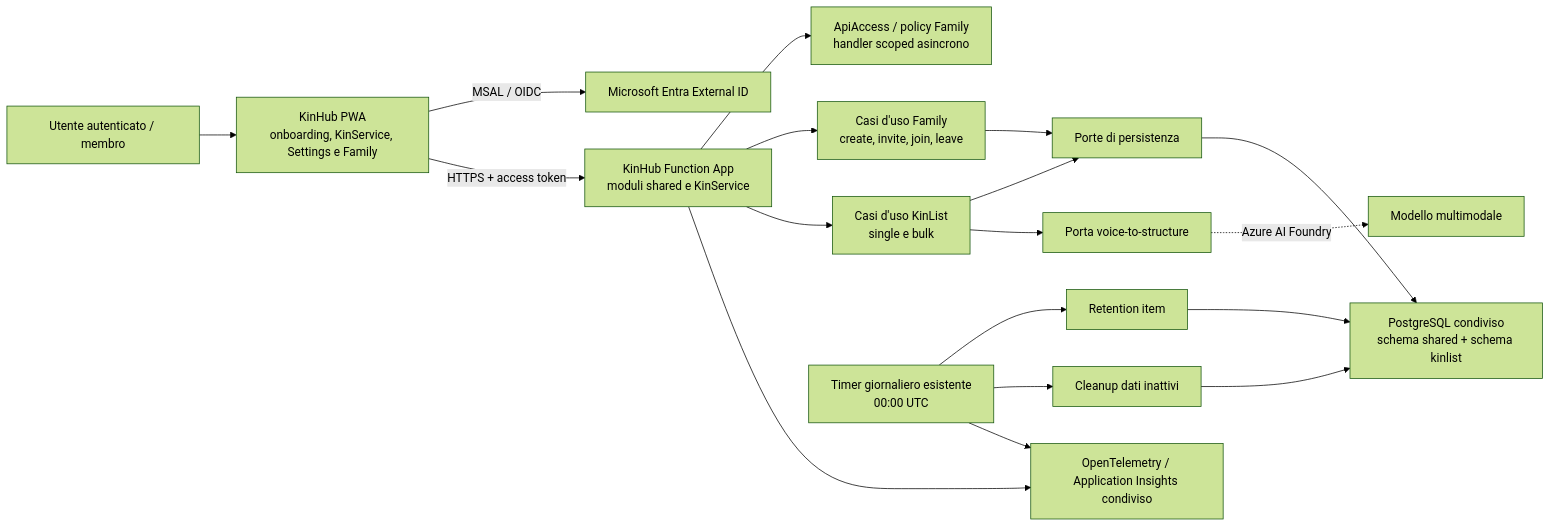
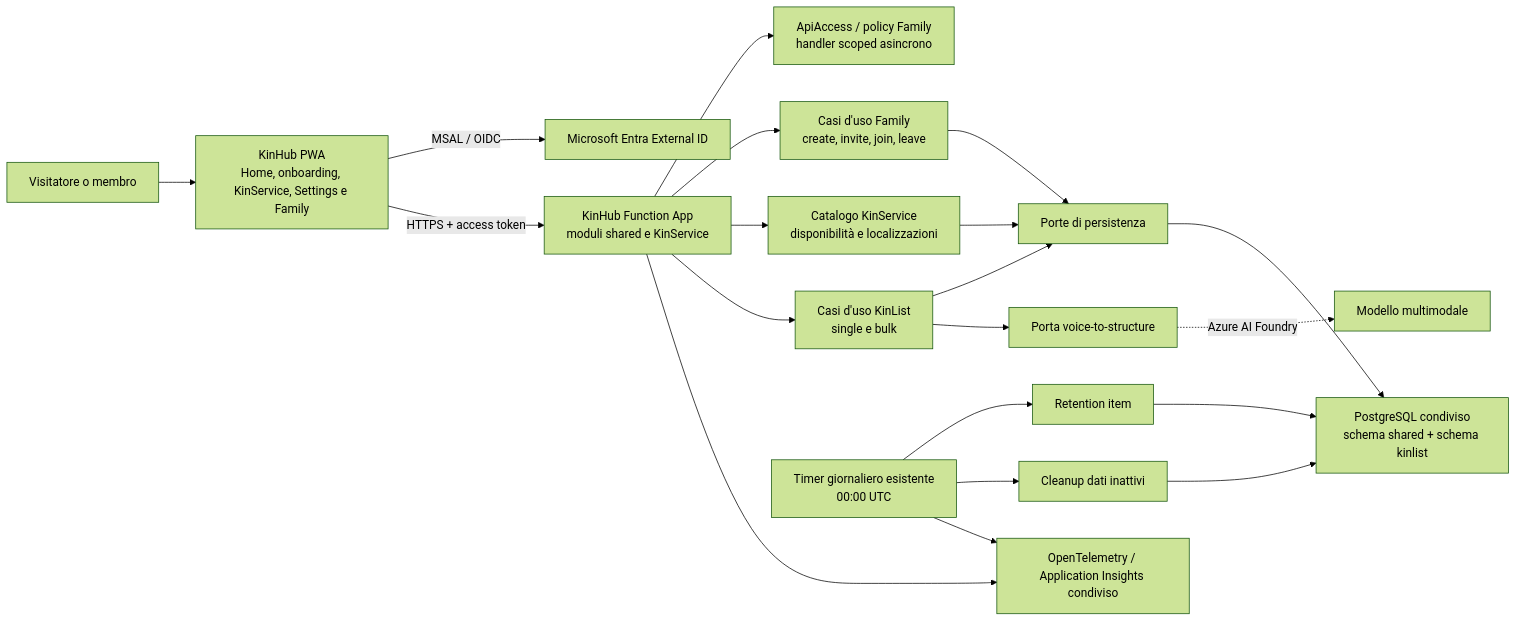
One commit to martinabruni/DA.KinHub changed the first of 2 diagrams in docs/brainstorming/architecture.md. Above: the diagram before and after it, drawn with Mermaid (forest theme). The commit also changed other lines of this file and 4 other files, not shown here.

First line of the commit message:
feat: Enhance KinHub architecture and functional analysis

````diff
--- a/docs/brainstorming/architecture.md
+++ b/docs/brainstorming/architecture.md
@@ -78,20 +82,22 @@
 ```mermaid
 flowchart LR
-    U["Utente autenticato / membro"] --> PWA["KinHub PWA<br/>onboarding, KinService, Settings e Family"]
+    U["Visitatore o membro"] --> PWA["KinHub PWA<br/>Home, onboarding, KinService, Settings e Family"]
     PWA -->|"MSAL / OIDC"| EXT["Microsoft Entra External ID"]
     PWA -->|"HTTPS + access token"| API["KinHub Function App<br/>moduli shared e KinService"]
     API --> AUTH["ApiAccess / policy Family<br/>handler scoped asincrono"]
     API --> FAM["Casi d'uso Family<br/>create, invite, join, leave"]
+    API --> CAT["Catalogo KinService<br/>disponibilità e localizzazioni"]
     API --> APP["Casi d'uso KinList<br/>single e bulk"]
     FAM --> DBP
+    CAT --> DBP
     APP --> DBP["Porte di persistenza"]
     DBP --> PG["PostgreSQL condiviso<br/>schema shared + schema kinlist"]
     APP --> AI["Porta voice-to-structure"]
     AI -. "Azure AI Foundry" .-> MM["Modello multimodale"]
     TIMER["Timer giornaliero esistente<br/>00:00 UTC"] --> RET["Retention item"]
     TIMER --> CLEAN["Cleanup dati inattivi"]
     RET --> PG
     CLEAN --> PG
     API --> OBS["OpenTelemetry / Application Insights condiviso"]
     TIMER --> OBS
 ```
````
